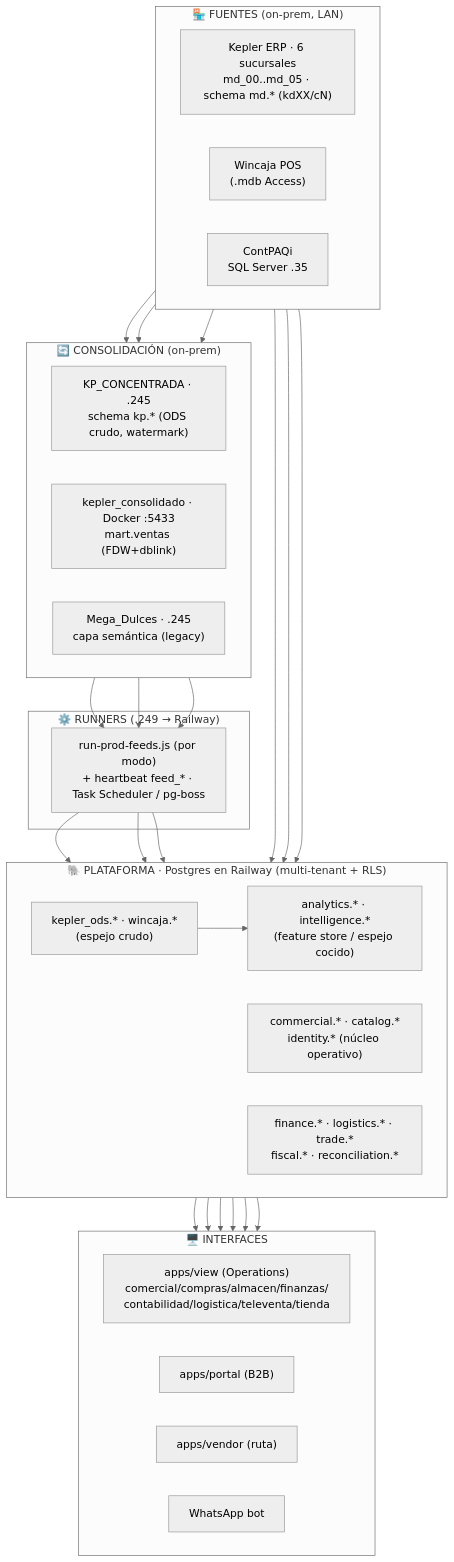
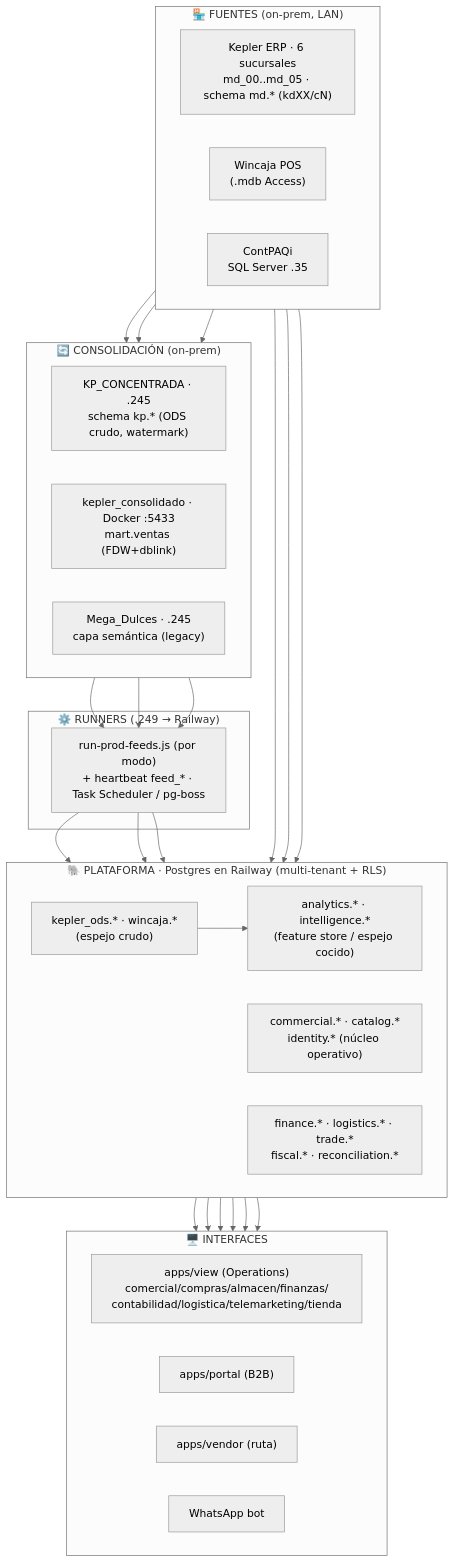
One commit to edgarcg-01/MegaDulces_Suite changed the first of 9 diagrams in docs/ARQUITECTURA_DATOS.md. Above: the diagram before and after it, drawn with Mermaid (neutral theme). The commit also changed other lines of this file and 19 other files, not shown here.

````diff
--- a/docs/ARQUITECTURA_DATOS.md
+++ b/docs/ARQUITECTURA_DATOS.md
@@ -16,48 +16,48 @@
 ```mermaid
 flowchart TB
     subgraph SRC["🏪 FUENTES (on-prem, LAN)"]
         direction LR
         K["Kepler ERP · 6 sucursales<br/>md_00..md_05 · schema md.* (kdXX/cN)"]
         W["Wincaja POS<br/>(.mdb Access)"]
         CP["ContPAQi<br/>SQL Server .35"]
     end
 
     subgraph CONS["🔄 CONSOLIDACIÓN (on-prem)"]
         direction LR
         KP["KP_CONCENTRADA · .245<br/>schema kp.* (ODS crudo, watermark)"]
         MART["kepler_consolidado · Docker :5433<br/>mart.ventas (FDW+dblink)"]
         MD["Mega_Dulces · .245<br/>capa semántica (legacy)"]
     end
 
     subgraph RUN["⚙️ RUNNERS (.249 → Railway)"]
         RPF["run-prod-feeds.js (por modo)<br/>+ heartbeat feed_* · Task Scheduler / pg-boss"]
     end
 
     subgraph PROD["🐘 PLATAFORMA · Postgres en Railway (multi-tenant + RLS)"]
         direction LR
         ODS["kepler_ods.* · wincaja.*<br/>(espejo crudo)"]
         CORE["commercial.* · catalog.*<br/>identity.* (núcleo operativo)"]
         ANA["analytics.* · intelligence.*<br/>(feature store / espejo cocido)"]
         DOM["finance.* · logistics.* · trade.*<br/>fiscal.* · reconciliation.*"]
     end
 
     subgraph UI["🖥️ INTERFACES"]
         direction LR
-        VIEW["apps/view (Operations)<br/>comercial/compras/almacen/finanzas/<br/>contabilidad/logistica/televenta/tienda"]
+        VIEW["apps/view (Operations)<br/>comercial/compras/almacen/finanzas/<br/>contabilidad/logistica/telemarketing/tienda"]
         PORTAL["apps/portal (B2B)"]
         VENDOR["apps/vendor (ruta)"]
         WA["WhatsApp bot"]
     end
 
     K --> KP & MART
     K & W --> ODS
     W --> MART
     CP --> ANA
     KP & MART & MD --> RPF
     RPF --> CORE & ANA & DOM
     ODS --> ANA
     CORE --> VIEW & PORTAL & VENDOR
     ANA --> VIEW
     DOM --> VIEW
     CORE --> WA
 ```
````
